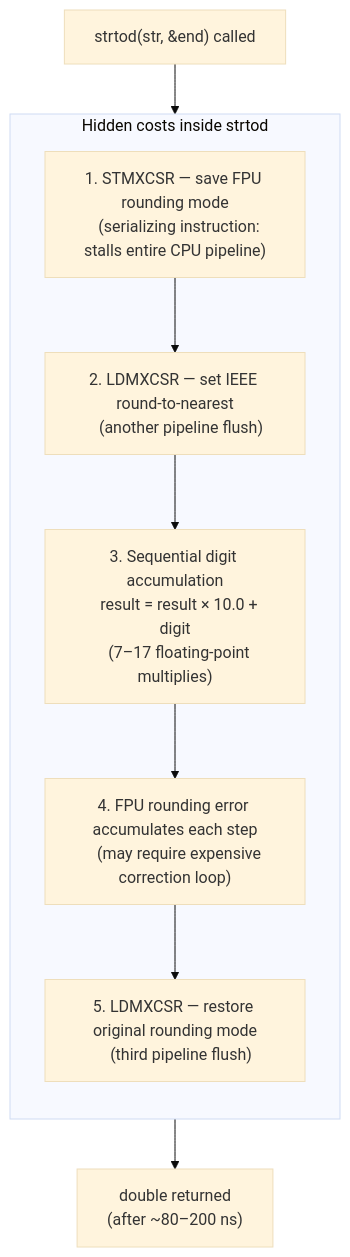
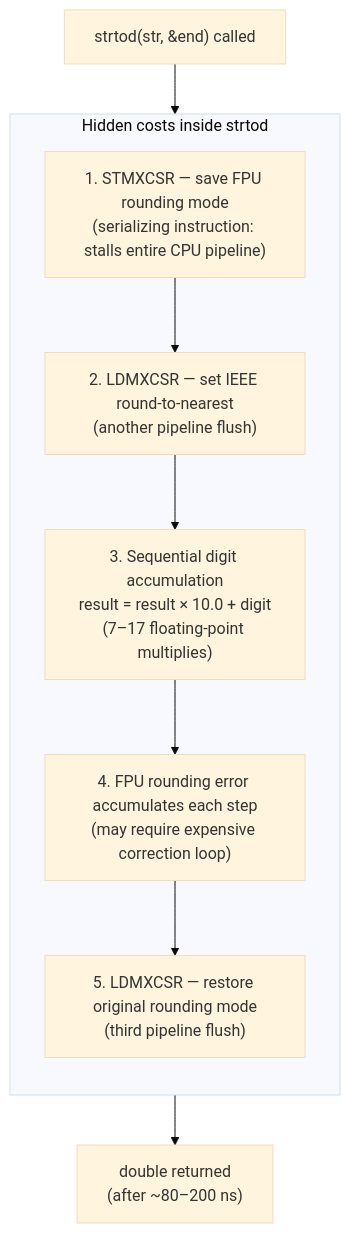
One commit to the-lkb/beast-json changed the first of 8 diagrams in docs/theory/russ-cox.md. Above: the diagram before and after it, drawn with Mermaid (base theme). The commit also changed other lines of this file and 4 other files, not shown here.

````diff
--- a/docs/theory/russ-cox.md
+++ b/docs/theory/russ-cox.md
@@ -9,17 +9,17 @@
 ```mermaid
 flowchart TB
     CALL["strtod(str, &end) called"]
 
     subgraph COST["Hidden costs inside strtod"]
         direction TB
-        C1["1. STMXCSR — save FPU rounding mode\n   (serializing instruction: stalls entire CPU pipeline)"]
-        C2["2. LDMXCSR — set IEEE round-to-nearest\n   (another pipeline flush)"]
-        C3["3. Sequential digit accumulation\n   result = result × 10.0 + digit\n   (7–17 floating-point multiplies)"]
-        C4["4. FPU rounding error accumulates each step\n   (may require expensive correction loop)"]
-        C5["5. LDMXCSR — restore original rounding mode\n   (third pipeline flush)"]
+        C1["1. STMXCSR — save FPU rounding mode<br/>(serializing instruction: stalls entire CPU pipeline)"]
+        C2["2. LDMXCSR — set IEEE round-to-nearest<br/>(another pipeline flush)"]
+        C3["3. Sequential digit accumulation<br/>result = result × 10.0 + digit<br/>(7–17 floating-point multiplies)"]
+        C4["4. FPU rounding error accumulates each step<br/>(may require expensive correction loop)"]
+        C5["5. LDMXCSR — restore original rounding mode<br/>(third pipeline flush)"]
         C1 --> C2 --> C3 --> C4 --> C5
     end
 
-    RET["double returned\n(after ~80–200 ns)"]
+    RET["double returned<br/>(after ~80–200 ns)"]
     CALL --> COST --> RET
 ```
````
